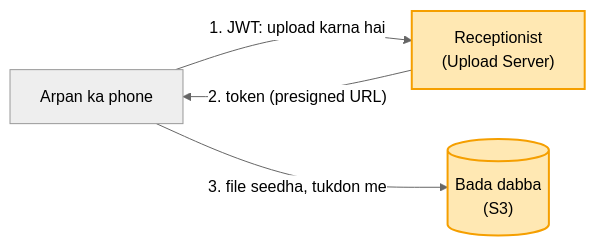
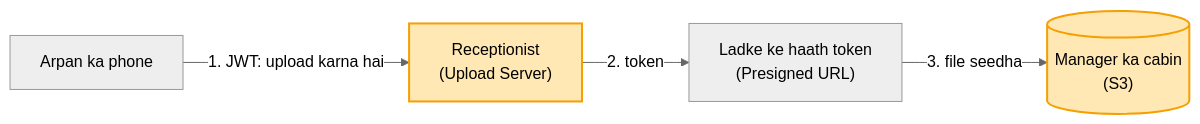
The third of 8 diagrams in 04_HLD/SYSTEM_DESIGNS/07_file_upload_validate_system/07_file_upload.md (ArpanMaheshwari144/Prep), drawn with Mermaid (neutral theme) before and after one commit. The commit also changed other lines of this file and 17 other files, not shown here.

Commit message:
HLD: 17 main files hand notes se milaye (har block alag section, kahani + asli naam, mermaid), technical naam bhi rakhe

````diff
--- a/04_HLD/SYSTEM_DESIGNS/07_file_upload_validate_system/07_file_upload.md
+++ b/04_HLD/SYSTEM_DESIGNS/07_file_upload_validate_system/07_file_upload.md
@@ -89,8 +98,8 @@
 ```mermaid
 flowchart LR
     A["Arpan ka phone"] -- "1. JWT: upload karna hai" --> U["Receptionist<br/>(Upload Server)"]
-    U -- "2. token (presigned URL)" --> A
-    A -- "3. file seedha, tukdon me" --> S3[("Bada dabba<br/>(S3)")]
+    U -- "2. token" --> T["Ladke ke haath token<br/>(Presigned URL)"]
+    T -- "3. file seedha" --> S3[("Manager ka cabin<br/>(S3)")]
     style U fill:#ffe8b3,stroke:#f59f00,stroke-width:2px,color:#000
     style S3 fill:#ffe8b3,stroke:#f59f00,stroke-width:2px,color:#000
 ```
````
